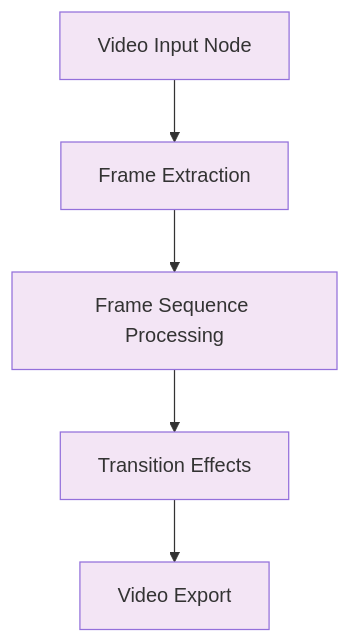
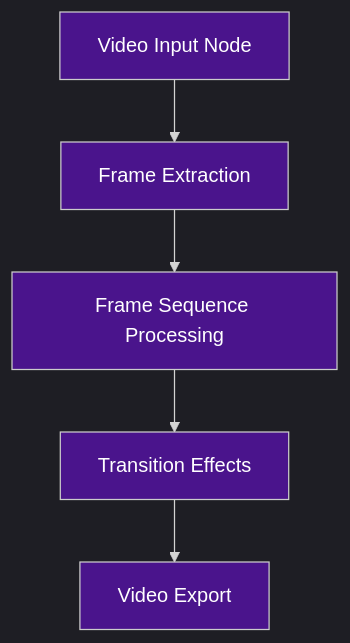
Before and after one commit to subtillioN/imagN: the third of 7 diagrams in instructions/task-visualization.md, drawn with Mermaid. The commit also changed other lines of this file and 43 other files, not shown here.

````diff
--- a/instructions/task-visualization.md
+++ b/instructions/task-visualization.md
@@ -25,13 +64,14 @@
 ```mermaid
+%%{init: {'theme':'dark'}}%%
 graph TD
     A[Video Input Node] --> B[Frame Extraction]
     B --> C[Frame Sequence Processing]
     C --> D[Transition Effects]
     D --> E[Video Export]
     
-    style A fill:#f3e5f5
-    style B fill:#f3e5f5
-    style C fill:#f3e5f5
-    style D fill:#f3e5f5
-    style E fill:#f3e5f5
+    style A fill:#4a148c,color:#ffffff
+    style B fill:#4a148c,color:#ffffff
+    style C fill:#4a148c,color:#ffffff
+    style D fill:#4a148c,color:#ffffff
+    style E fill:#4a148c,color:#ffffff
 ```
````
